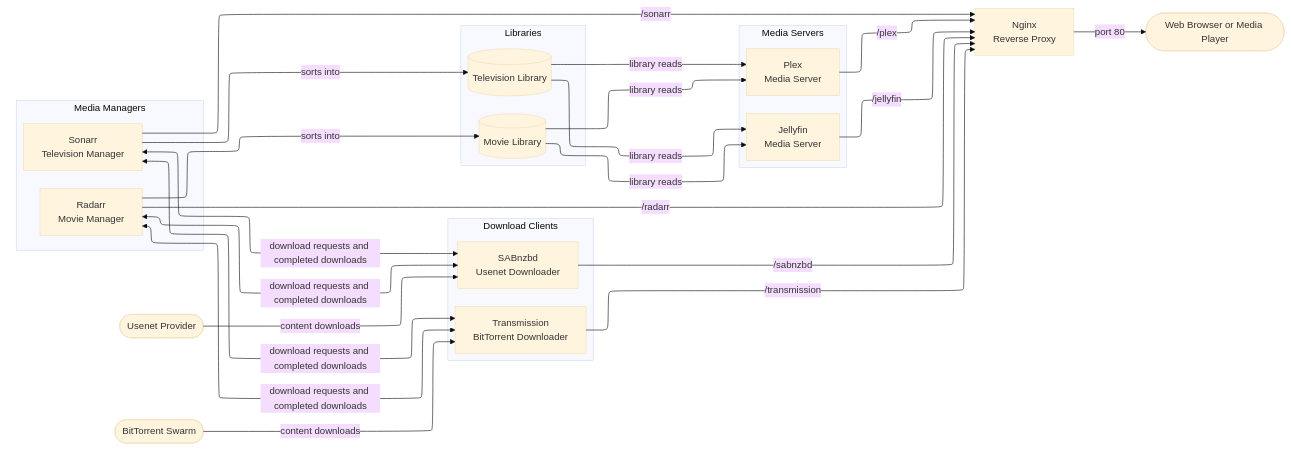
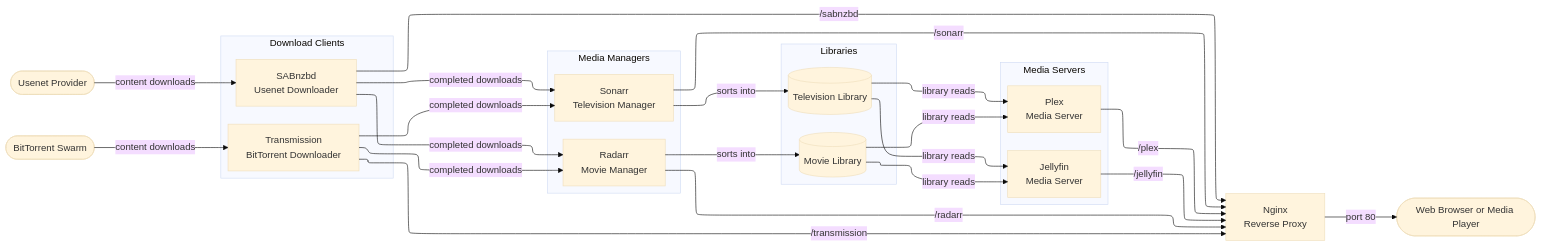
The diagram in README.md (evinowen/bragi), drawn with Mermaid (base theme) before and after one commit.

Commit message:
Use single-direction edges downloader-to-manager for cleaner ELK layered layout

````diff
--- a/README.md
+++ b/README.md
@@ -20,59 +20,54 @@
 ```mermaid
 %%{init: {'flowchart': {'defaultRenderer': 'elk'}}}%%
 flowchart LR
     UP([Usenet Provider])
     BT_SRC([BitTorrent Swarm])
 
     subgraph downloaders[Download Clients]
         direction TB
         SAB["SABnzbd<br>Usenet Downloader"]
         TRN["Transmission<br>BitTorrent Downloader"]
     end
 
     subgraph managers[Media Managers]
         direction TB
         SON["Sonarr<br>Television Manager"]
         RAD["Radarr<br>Movie Manager"]
     end
 
     subgraph libraries[Libraries]
         direction TB
         TL[(Television Library)]
         ML[(Movie Library)]
     end
 
     subgraph servers[Media Servers]
         direction TB
         JF["Jellyfin<br>Media Server"]
         PL["Plex<br>Media Server"]
     end
 
     NGX["Nginx<br>Reverse Proxy"]
     CLIENT([Web Browser or Media Player])
 
-    downloaders ~~~ managers
-    managers ~~~ libraries
-    libraries ~~~ servers
-    servers ~~~ NGX
-
     UP -->|content downloads| SAB
     BT_SRC -->|content downloads| TRN
-    SON <-->|download requests and completed downloads| SAB
-    SON <-->|download requests and completed downloads| TRN
-    RAD <-->|download requests and completed downloads| SAB
-    RAD <-->|download requests and completed downloads| TRN
+    SAB -->|completed downloads| SON
+    SAB -->|completed downloads| RAD
+    TRN -->|completed downloads| SON
+    TRN -->|completed downloads| RAD
     SON -->|sorts into| TL
     RAD -->|sorts into| ML
     TL -->|library reads| JF
     ML -->|library reads| JF
     TL -->|library reads| PL
     ML -->|library reads| PL
 
     SAB -->|/sabnzbd| NGX
     TRN -->|/transmission| NGX
     SON -->|/sonarr| NGX
     RAD -->|/radarr| NGX
     JF -->|/jellyfin| NGX
     PL -->|/plex| NGX
     NGX -->|port 80| CLIENT
 ```
````
